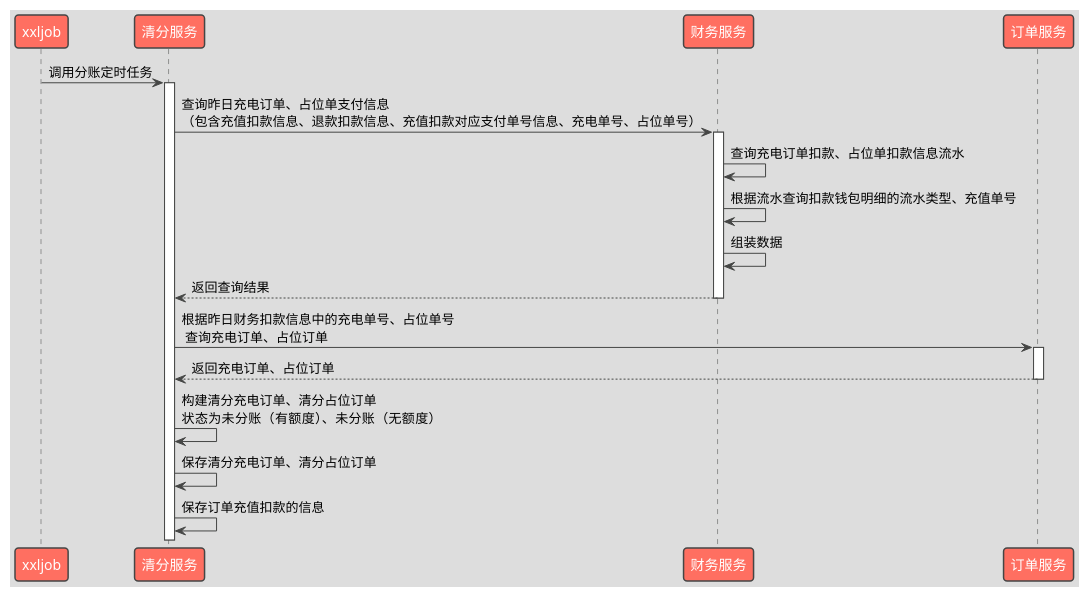
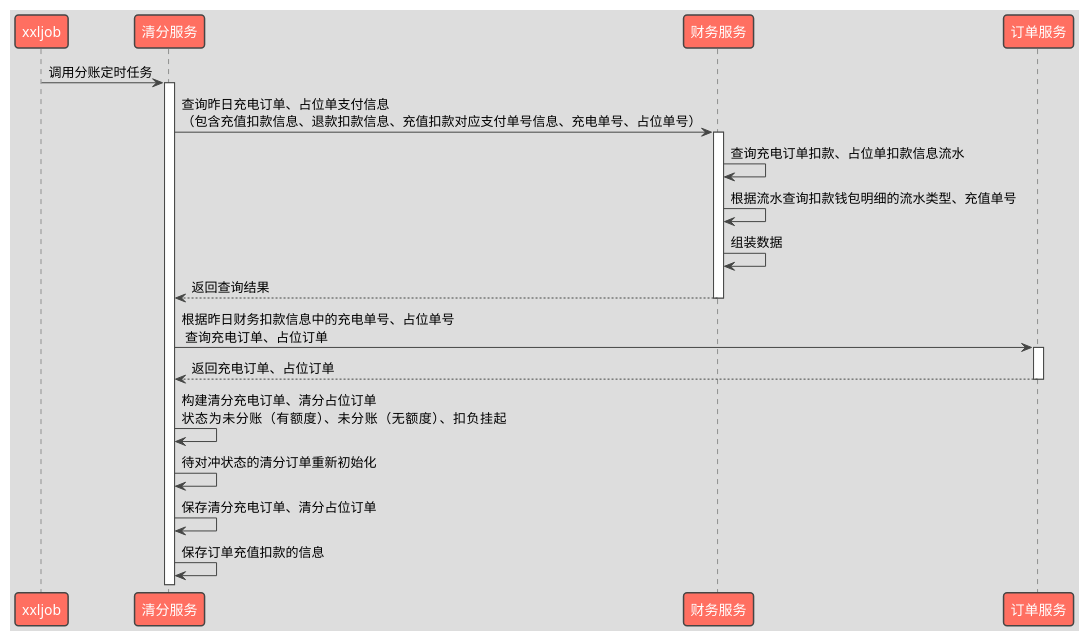
The diagram in demo_lean/src/main/resources/qcln/lznt_clearing_order_init.puml (Awesome-GJK/LearningCodes), drawn with PlantUML before and after one commit. The commit also changed 10 other files, not shown here.

Commit message:
泸州能投清分时序图调整

```diff
--- a/demo_lean/src/main/resources/qcln/lznt_clearing_order_init.puml
+++ b/demo_lean/src/main/resources/qcln/lznt_clearing_order_init.puml
@@ -1,42 +1,43 @@
 @startuml
 'https://plantuml.com/sequence-diagram
 !theme toy
 
 'activate 订单服务
 '订单服务 -> 订单服务: 生成历史订单
 '订单服务 -> kafka: 发送订单结算消息
 'deactivate 订单服务
 '财务服务 -> kafka: 拉取订单结算消息
 'activate 财务服务
 '财务服务 -> 财务服务: 用户钱包金额扣款（优先用退款金额支付）
 '财务服务 -> 财务服务: 生成流水
 '财务服务 -> kafka: 发送钱包扣款及订单内容消息
 'deactivate 财务服务
 '清分服务 -> kafka: 拉取钱包扣款及订单内容消息
 'activate 清分服务
 'alt 是互联互通订单
 '    清分服务 -> 清分服务: 不处理
 'else 不是互联互通订单
 '    清分服务 -> 清分服务: 构建清分订单对象
 '    清分服务 -> 清分服务: 根据钱包扣款信息填充扣款信息、实际费用、清分状态(未分账（有额度）、未分账（无额度）)
 '    清分服务 -> DB: 清分订单生成
 'end
 'deactivate 清分服务
 
 xxljob -> 清分服务: 调用分账定时任务
 activate 清分服务
 清分服务 -> 财务服务: 查询昨日充电订单、占位单支付信息\n（包含充值扣款信息、退款扣款信息、充值扣款对应支付单号信息、充电单号、占位单号）
 activate 财务服务
 财务服务 -> 财务服务: 查询充电订单扣款、占位单扣款信息流水
 财务服务 -> 财务服务: 根据流水查询扣款钱包明细的流水类型、充值单号
 财务服务 -> 财务服务: 组装数据
 财务服务 --> 清分服务: 返回查询结果
 deactivate 财务服务
 清分服务 -> 订单服务: 根据昨日财务扣款信息中的充电单号、占位单号\n 查询充电订单、占位订单
 activate 订单服务
 订单服务 --> 清分服务: 返回充电订单、占位订单
 deactivate 订单服务
-清分服务 -> 清分服务: 构建清分充电订单、清分占位订单\n状态为未分账（有额度）、未分账（无额度）
+清分服务 -> 清分服务: 构建清分充电订单、清分占位订单\n状态为未分账（有额度）、未分账（无额度）、扣负挂起
+清分服务 -> 清分服务: 待对冲状态的清分订单重新初始化
 清分服务 -> 清分服务: 保存清分充电订单、清分占位订单
 清分服务 -> 清分服务: 保存订单充值扣款的信息
 @enduml
```
